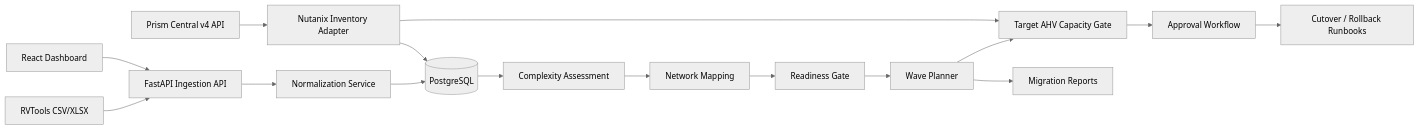
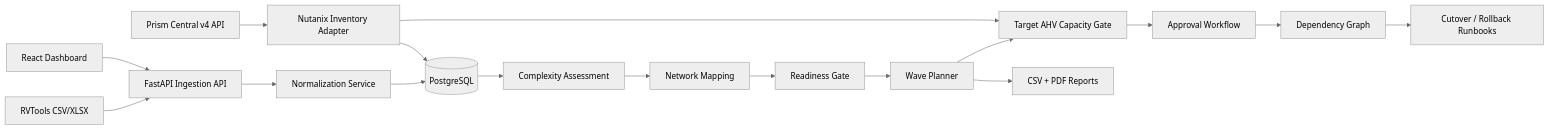
Before and after one commit to AbdullahGhani1/nutanix-migration-factory: the diagram in README.md, drawn with Mermaid (neutral theme). The commit also changed other lines of this file and 39 other files, not shown here.

First line of the commit message:
feat: v0.3 production hardening and dependency-aware migration planning

````diff
--- a/README.md
+++ b/README.md
@@ -45,18 +55,19 @@
 ```mermaid
 flowchart LR
     A[RVTools CSV/XLSX] --> B[FastAPI Ingestion API]
     B --> C[Normalization Service]
     C --> D[(PostgreSQL)]
     D --> E[Complexity Assessment]
     E --> F[Network Mapping]
     F --> G[Readiness Gate]
     G --> H[Wave Planner]
     H --> I[Target AHV Capacity Gate]
     I --> J[Approval Workflow]
-    J --> K[Cutover / Rollback Runbooks]
-    H --> L[Migration Reports]
-    M[Prism Central v4 API] --> N[Nutanix Inventory Adapter]
-    N --> D
-    N --> I
-    O[React Dashboard] --> B
+    J --> K[Dependency Graph]
+    K --> L[Cutover / Rollback Runbooks]
+    H --> M[CSV + PDF Reports]
+    N[Prism Central v4 API] --> O[Nutanix Inventory Adapter]
+    O --> D
+    O --> I
+    P[React Dashboard] --> B
 ```
````
